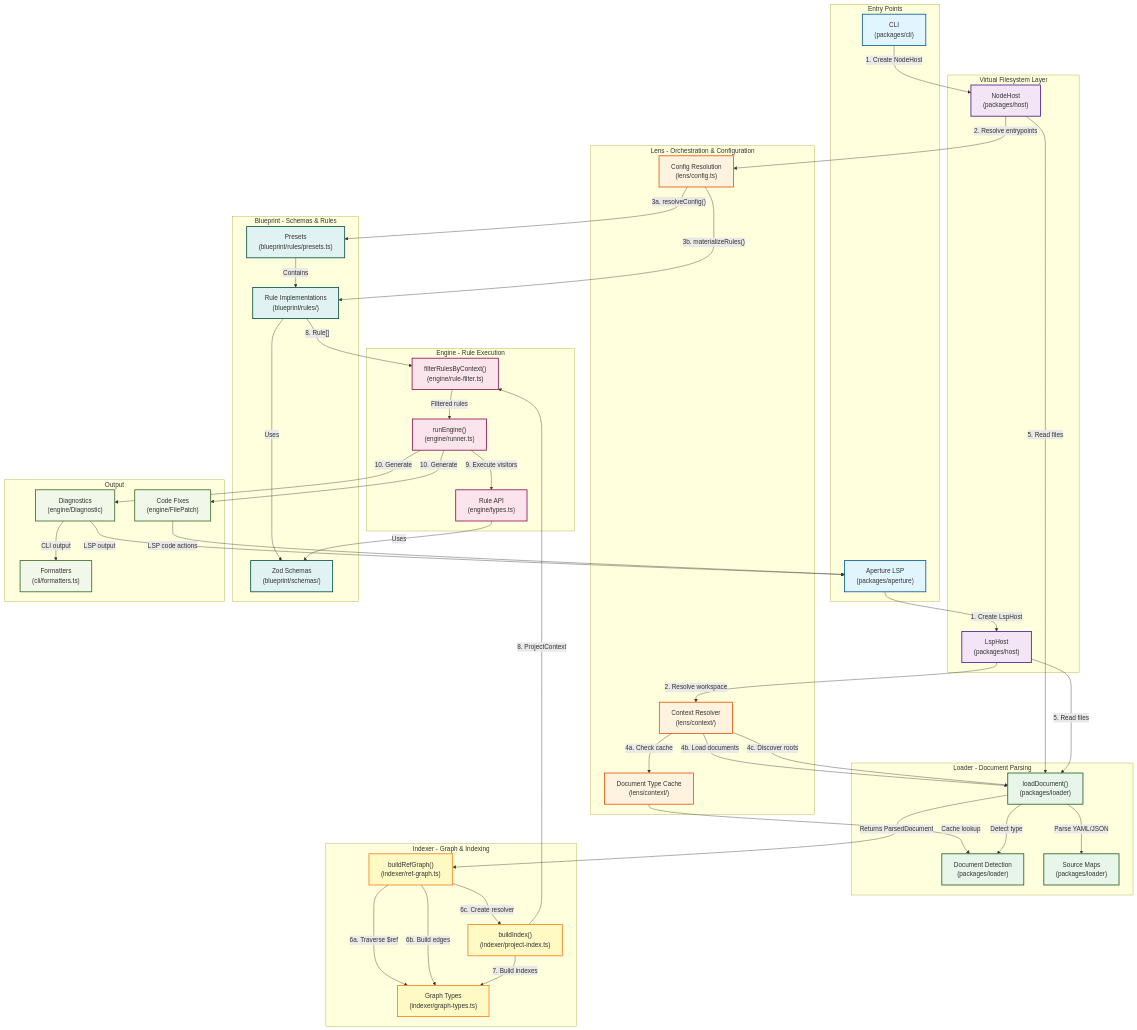
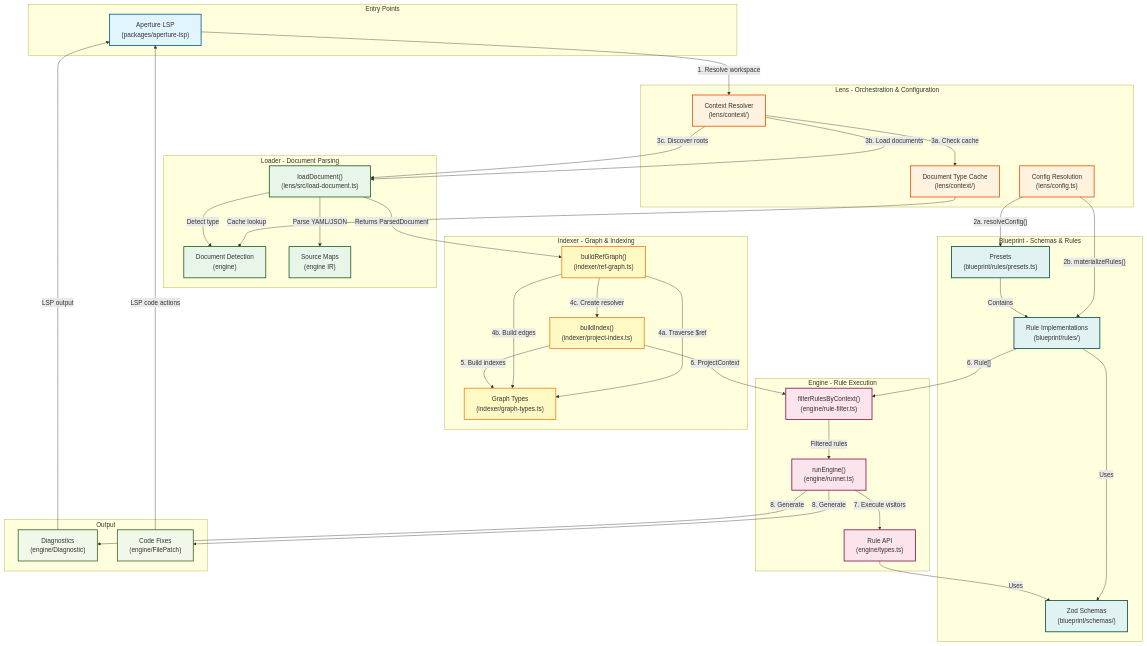
One commit to sailpoint-oss/telescope changed the diagram in ARCHITECTURE.md. Above: the diagram before and after it, drawn with Mermaid. The commit also changed other lines of this file and 413 other files, not shown here.

````diff
--- a/ARCHITECTURE.md
+++ b/ARCHITECTURE.md
@@ -7,13 +7,7 @@
 ```mermaid
 flowchart TB
     subgraph EntryPoints["Entry Points"]
-        CLI["CLI<br/>(packages/cli)"]
-        Aperture["Aperture LSP<br/>(packages/aperture)"]
-    end
-
-    subgraph HostLayer["Virtual Filesystem Layer"]
-        NodeHost["NodeHost<br/>(packages/host)"]
-        LspHost["LspHost<br/>(packages/host)"]
+        Aperture["Aperture LSP<br/>(packages/aperture-lsp)"]
     end
 
     subgraph LensLayer["Lens - Orchestration & Configuration"]
@@ -23,9 +17,9 @@
     end
 
     subgraph LoaderLayer["Loader - Document Parsing"]
-        Loader["loadDocument()<br/>(packages/loader)"]
-        DocDetection["Document Detection<br/>(packages/loader)"]
-        SourceMaps["Source Maps<br/>(packages/loader)"]
+        Loader["loadDocument()<br/>(lens/src/load-document.ts)"]
+        DocDetection["Document Detection<br/>(engine)"]
+        SourceMaps["Source Maps<br/>(engine IR)"]
     end
 
     subgraph IndexerLayer["Indexer - Graph & Indexing"]
@@ -49,59 +43,49 @@
     subgraph Output["Output"]
         Diagnostics["Diagnostics<br/>(engine/Diagnostic)"]
         Fixes["Code Fixes<br/>(engine/FilePatch)"]
-        Formatters["Formatters<br/>(cli/formatters.ts)"]
     end
 
     %% Entry point flows
-    CLI -->|"1. Create NodeHost"| NodeHost
-    Aperture -->|"1. Create LspHost"| LspHost
-
-    %% Host to Lens
-    NodeHost -->|"2. Resolve entrypoints"| Config
-    LspHost -->|"2. Resolve workspace"| ContextResolver
+    Aperture -->|"1. Resolve workspace"| ContextResolver
 
     %% Configuration flow
-    Config -->|"3a. resolveConfig()"| Presets
-    Config -->|"3b. materializeRules()"| Rules
+    Config -->|"2a. resolveConfig()"| Presets
+    Config -->|"2b. materializeRules()"| Rules
     Rules -->|"Uses"| Schemas
     Presets -->|"Contains"| Rules
 
     %% Context resolution flow
-    ContextResolver -->|"4a. Check cache"| DocumentCache
-    ContextResolver -->|"4b. Load documents"| Loader
-    ContextResolver -->|"4c. Discover roots"| Loader
+    ContextResolver -->|"3a. Check cache"| DocumentCache
+    ContextResolver -->|"3b. Load documents"| Loader
+    ContextResolver -->|"3c. Discover roots"| Loader
     DocumentCache -->|"Cache lookup"| DocDetection
 
     %% Document loading flow
-    NodeHost -->|"5. Read files"| Loader
-    LspHost -->|"5. Read files"| Loader
     Loader -->|"Parse YAML/JSON"| SourceMaps
     Loader -->|"Detect type"| DocDetection
     Loader -->|"Returns ParsedDocument"| RefGraph
 
     %% Graph building flow
-    RefGraph -->|"6a. Traverse $ref"| GraphTypes
-    RefGraph -->|"6b. Build edges"| GraphTypes
-    RefGraph -->|"6c. Create resolver"| ProjectIndex
-    ProjectIndex -->|"7. Build indexes"| GraphTypes
+    RefGraph -->|"4a. Traverse $ref"| GraphTypes
+    RefGraph -->|"4b. Build edges"| GraphTypes
+    RefGraph -->|"4c. Create resolver"| ProjectIndex
+    ProjectIndex -->|"5. Build indexes"| GraphTypes
 
     %% Engine execution flow
-    ProjectIndex -->|"8. ProjectContext"| RuleFilter
-    Rules -->|"8. Rule[]"| RuleFilter
+    ProjectIndex -->|"6. ProjectContext"| RuleFilter
+    Rules -->|"6. Rule[]"| RuleFilter
     RuleFilter -->|"Filtered rules"| RuleRunner
-    RuleRunner -->|"9. Execute visitors"| RuleAPI
+    RuleRunner -->|"7. Execute visitors"| RuleAPI
     RuleAPI -->|"Uses"| Schemas
-    RuleRunner -->|"10. Generate"| Diagnostics
-    RuleRunner -->|"10. Generate"| Fixes
+    RuleRunner -->|"8. Generate"| Diagnostics
+    RuleRunner -->|"8. Generate"| Fixes
 
     %% Output flow
-    Diagnostics -->|"CLI output"| Formatters
     Diagnostics -->|"LSP output"| Aperture
     Fixes -->|"LSP code actions"| Aperture
 
     %% Styling
     classDef entryPoint fill:#e1f5ff,stroke:#01579b,stroke-width:2px
-    classDef host fill:#f3e5f5,stroke:#4a148c,stroke-width:2px
     classDef lens fill:#fff3e0,stroke:#e65100,stroke-width:2px
     classDef loader fill:#e8f5e9,stroke:#1b5e20,stroke-width:2px
     classDef indexer fill:#fff9c4,stroke:#f57f17,stroke-width:2px
@@ -109,12 +93,11 @@
     classDef blueprint fill:#e0f2f1,stroke:#004d40,stroke-width:2px
     classDef output fill:#f1f8e9,stroke:#33691e,stroke-width:2px
 
-    class CLI,Aperture entryPoint
-    class NodeHost,LspHost host
+    class Aperture entryPoint
     class Config,ContextResolver,DocumentCache lens
     class Loader,DocDetection,SourceMaps loader
     class RefGraph,ProjectIndex,GraphTypes indexer
     class RuleFilter,RuleRunner,RuleAPI engine
     class Schemas,Rules,Presets blueprint
-    class Diagnostics,Fixes,Formatters output
+    class Diagnostics,Fixes output
 ```
````
